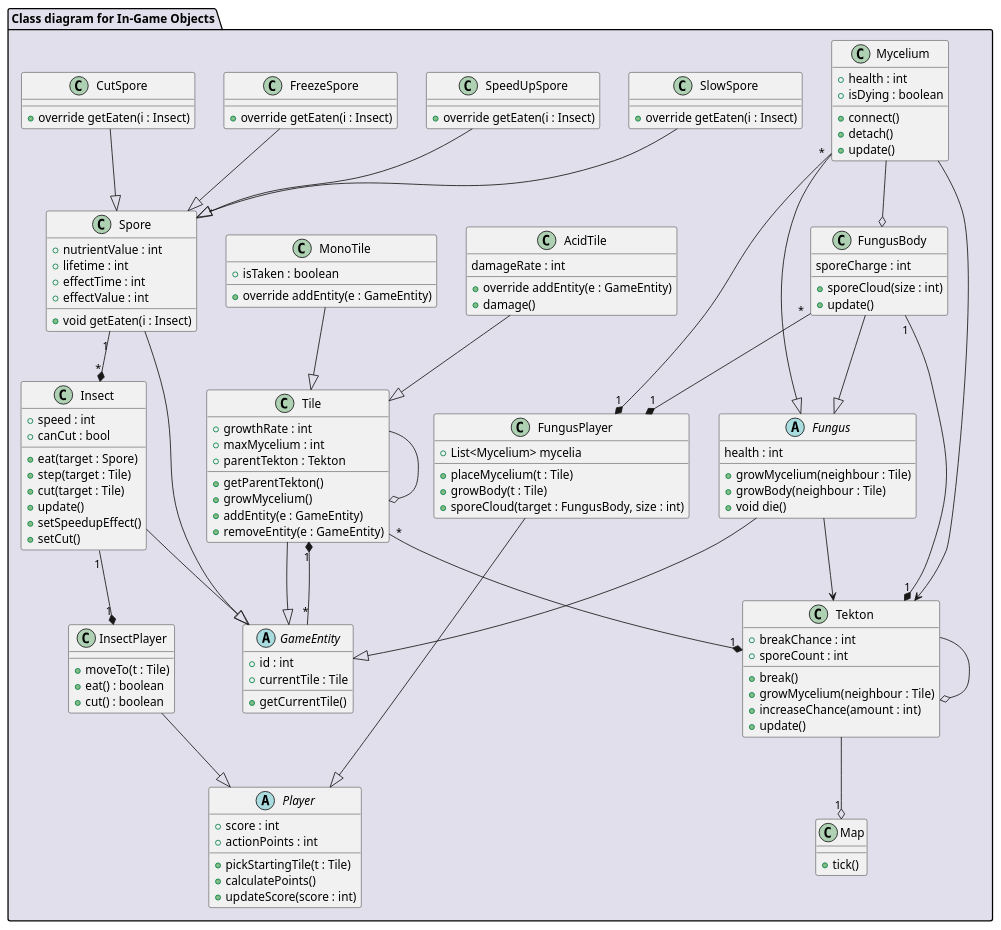
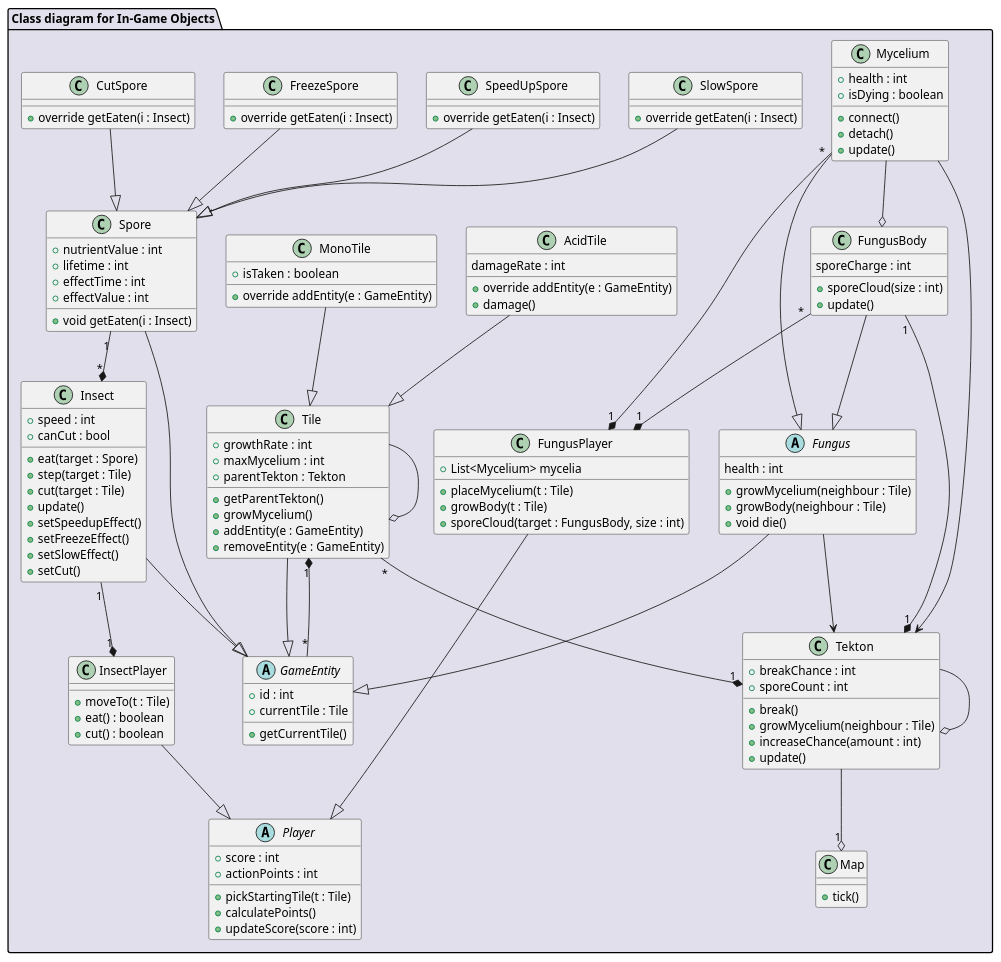
The diagram in diagrams/diagramFiles/CD_InGameObjects.puml (Harcipan/Projlab_nullpointerexception), drawn with PlantUML before and after one commit. The commit also changed 3 other files, not shown here.

```diff
--- a/diagrams/diagramFiles/CD_InGameObjects.puml
+++ b/diagrams/diagramFiles/CD_InGameObjects.puml
@@ -1,163 +1,165 @@
 @startuml CD_InGameObjects
 
 package "Class diagram for In-Game Objects" #E1DFEB {
     
     'world elements'
 
     class Map {
         + tick()
     }
 
     class Tekton {
         + breakChance : int
         + sporeCount : int
         + break()
         + growMycelium(neighbour : Tile)
         + increaseChance(amount : int)
         + update()
     }
 
     class Tile {
         + growthRate : int
         + maxMycelium : int
         + parentTekton : Tekton
         + getParentTekton()
         +growMycelium()
         + addEntity(e : GameEntity)
         + removeEntity(e : GameEntity)
     }
 
     class MonoTile {
         + isTaken : boolean
         + override addEntity(e : GameEntity)
     }
 
     class AcidTile {
         damageRate : int
         + override addEntity(e : GameEntity)
         + damage()
     }
     'interactive elements'
 
     abstract class GameEntity {
         + id : int
         + currentTile : Tile
         + getCurrentTile()
     }
 
     class Mycelium {
         + health : int
         + isDying : boolean
         + connect()
         + detach()
         +update()
     }
 
     class Spore {
         + nutrientValue : int
         + lifetime : int
         + effectTime : int
         + effectValue : int
         + void getEaten(i : Insect)
     }
 
     class SlowSpore {
         + override getEaten(i : Insect)
     }
 
     class SpeedUpSpore {
         + override getEaten(i : Insect)
     }
 
     class FreezeSpore {
         + override getEaten(i : Insect)
     }
 
     class CutSpore {
         + override getEaten(i : Insect)
     }
 
     'playable elements'
 
     abstract class Player {
         + score : int
         + actionPoints : int
         + pickStartingTile(t : Tile)
         + calculatePoints()
         + updateScore(score : int)
     }
 
 
     class FungusPlayer {
         + List<Mycelium> mycelia
         + placeMycelium(t : Tile)
         + growBody(t : Tile)
         + sporeCloud(target : FungusBody, size : int)
     }
 
     abstract class Fungus {
         health : int
         + growMycelium(neighbour : Tile)
         + growBody(neighbour : Tile)
         + void die()
     }
 
     class FungusBody {
         sporeCharge : int
         + sporeCloud(size : int)
         + update()
     }
     
     class InsectPlayer {
         + moveTo(t : Tile)
         + eat() : boolean
         + cut() : boolean
     }
 
     class Insect {
         + speed : int
         + canCut : bool
         + eat(target : Spore)
         + step(target : Tile)
         + cut(target : Tile)
         + update()
         + setSpeedupEffect()
+        + setFreezeEffect()
+        + setSlowEffect()
         + setCut()
     }
 
     'connections'
 
     Spore --|> GameEntity
     Fungus --|> GameEntity
     Insect --|> GameEntity
     Tile --|> GameEntity
 
     Mycelium --o FungusBody
     SlowSpore --|> Spore
     FreezeSpore --|> Spore
     SpeedUpSpore --|> Spore
     CutSpore --|> Spore
     Tekton --o "1" Map
     FungusBody "1" --* "1" Tekton
     Fungus --> Tekton
     Mycelium --> Tekton
     Tile "*" --* "1" Tekton
     MonoTile --|> Tile
     AcidTile --|> Tile
     
     Mycelium --|> Fungus
     FungusBody --|> Fungus
     GameEntity "*" --* "1" Tile
     Tile  --o  Tile
     Tekton --o Tekton
     FungusPlayer --|> Player
     Mycelium "*" --* "1" FungusPlayer
     InsectPlayer --|> Player
     Insect "1" --* "1" InsectPlayer
     FungusBody "*" --* "1" FungusPlayer
     Spore "1" --* "*" Insect
 
     
 }
 
 @enduml
```
